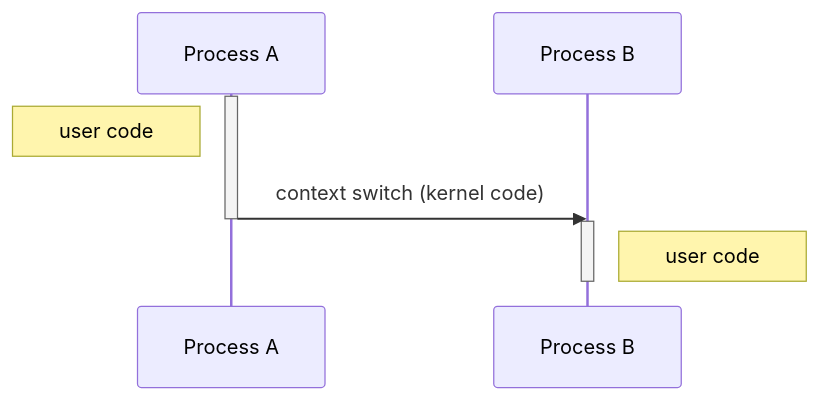
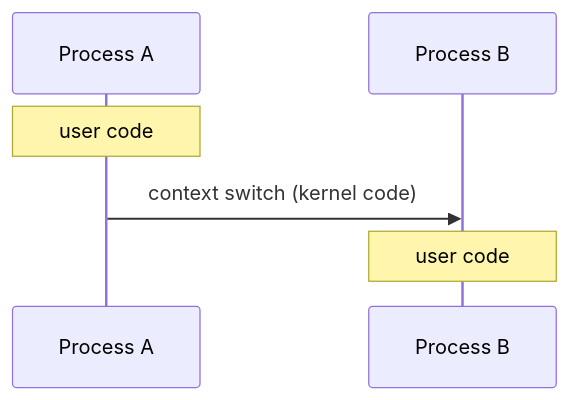
One commit to jjongs2/jjongs2.github.io changed the first of 3 diagrams in _posts/2024-03-15-ics-lecture-14.md. Above: the diagram before and after it, drawn with Mermaid. The commit also changed other lines of this file, not shown here.

Commit message:
Update post

````diff
--- a/_posts/2024-03-15-ics-lecture-14.md
+++ b/_posts/2024-03-15-ics-lecture-14.md
@@ -130,13 +130,9 @@
 ```mermaid
 sequenceDiagram
     participant A as Process A
     participant B as Process B
 
-    activate A
-    Note left of A: user code
+    Note over A: user code
     A->>B: context switch (kernel code)
-    deactivate A
-    activate B
-    Note right of B: user code
-    deactivate B
+    Note over B: user code
 ```
````
